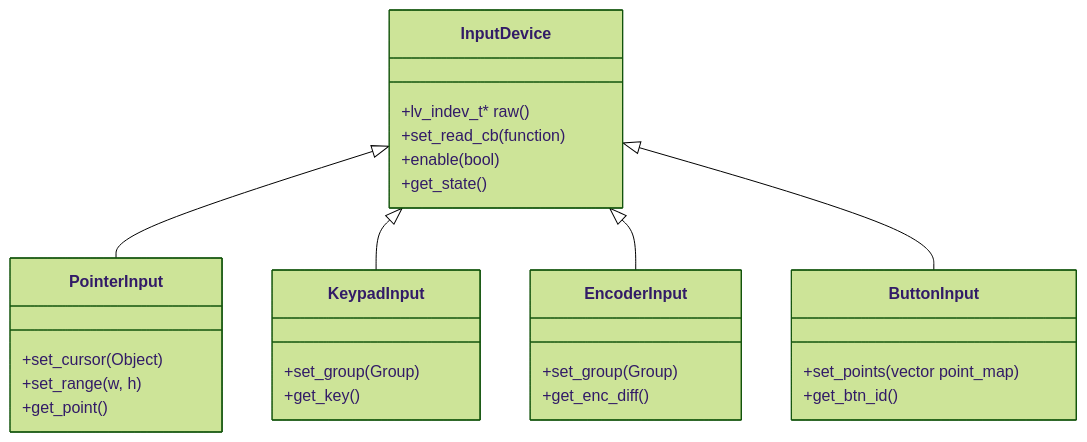
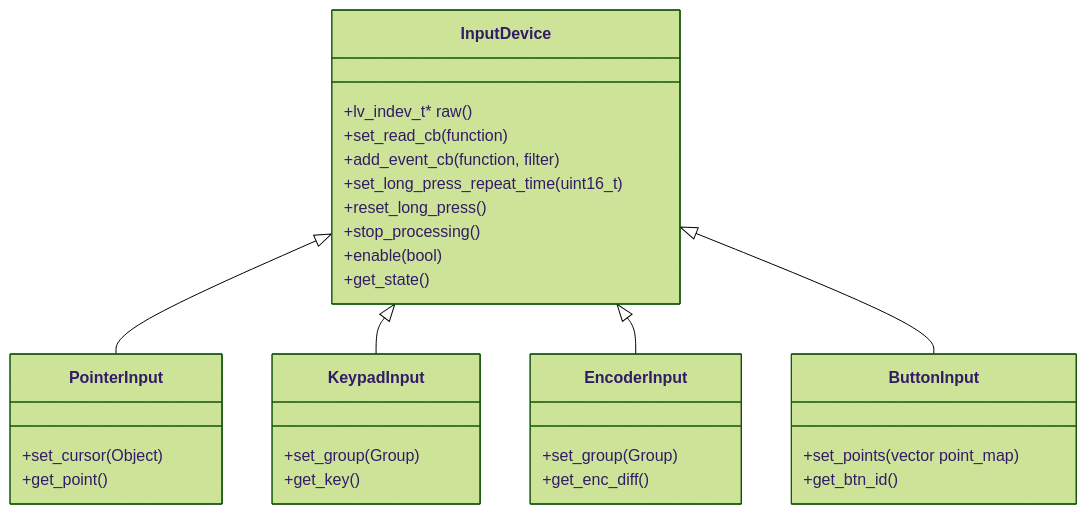
The diagram in design/input_devices.md (pedapudi/lvgl_cpp), drawn with Mermaid (forest theme) before and after one commit. The commit also changed other lines of this file and 20 other files, not shown here.

````diff
--- a/design/input_devices.md
+++ b/design/input_devices.md
@@ -50,31 +50,34 @@
 ```mermaid
 classDiagram
     class InputDevice {
         +lv_indev_t* raw()
         +set_read_cb(function)
+        +add_event_cb(function, filter)
+        +set_long_press_repeat_time(uint16_t)
+        +reset_long_press()
+        +stop_processing()
         +enable(bool)
         +get_state()
     }
     class PointerInput {
         +set_cursor(Object)
-        +set_range(w, h)
         +get_point()
     }
     class KeypadInput {
         +set_group(Group)
         +get_key()
     }
     class EncoderInput {
         +set_group(Group)
         +get_enc_diff()
     }
     class ButtonInput {
         +set_points(vector point_map)
         +get_btn_id()
     }
     
     InputDevice <|-- PointerInput
     InputDevice <|-- KeypadInput
     InputDevice <|-- EncoderInput
     InputDevice <|-- ButtonInput
 ```
````
